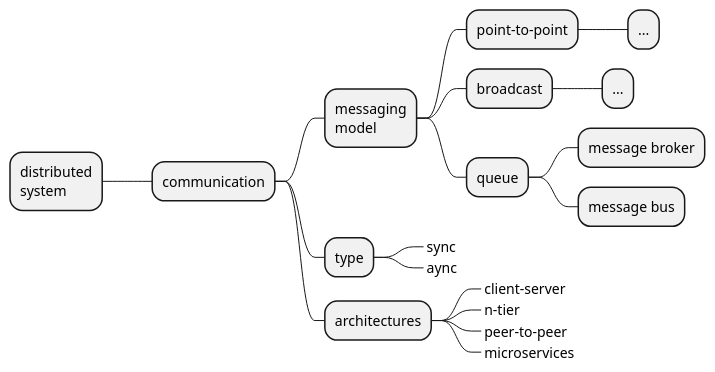
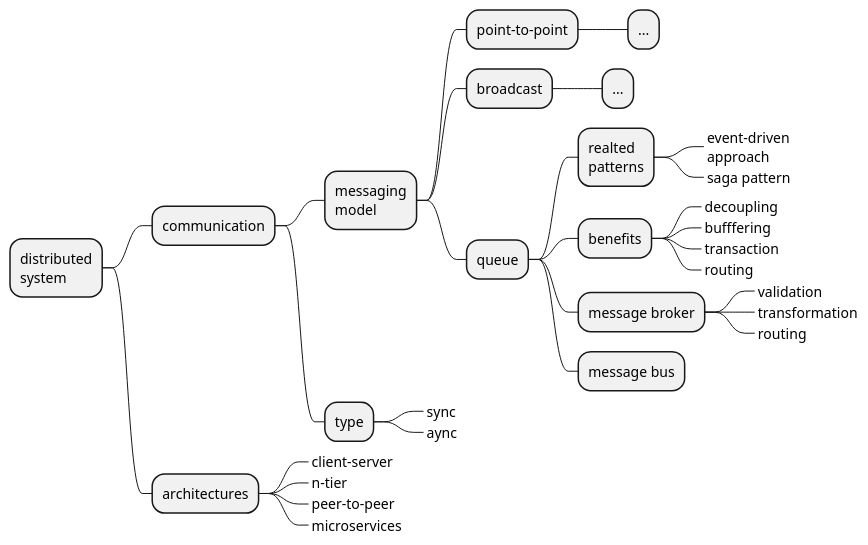
The diagram in messaging-roadmap.iuml (levplotkin/messaging-roadmap), drawn with PlantUML before and after one commit.

```diff
--- a/messaging-roadmap.iuml
+++ b/messaging-roadmap.iuml
@@ -1,26 +1,45 @@
 @startmindmap
 
 + distributed\nsystem
 ++ communication
 
 +++ messaging\nmodel
+
 ++++ point-to-point
 +++++ ...
+
 ++++ broadcast
 +++++ ...
+
 ++++ queue
++++++ realted\npatterns
+++++++_ event-driven\napproach
+++++++_ saga pattern
+
++++++ benefits
+++++++_ decoupling
+++++++_ bufffering
+++++++_ transaction
+++++++_ routing
+
+
+
+
 +++++ message broker
+++++++_ validation
+++++++_ transformation
+++++++_ routing
+
 +++++ message bus
 
 +++ type
 ++++_ sync
 ++++_ aync
 
-+++ architectures
-++++_ client–server
-++++_ n-tier
-++++_ peer-to-peer
-++++_ microservices
-
+++ architectures
++++_ client–server
++++_ n-tier
++++_ peer-to-peer
++++_ microservices
 
 @endmindmap
```
